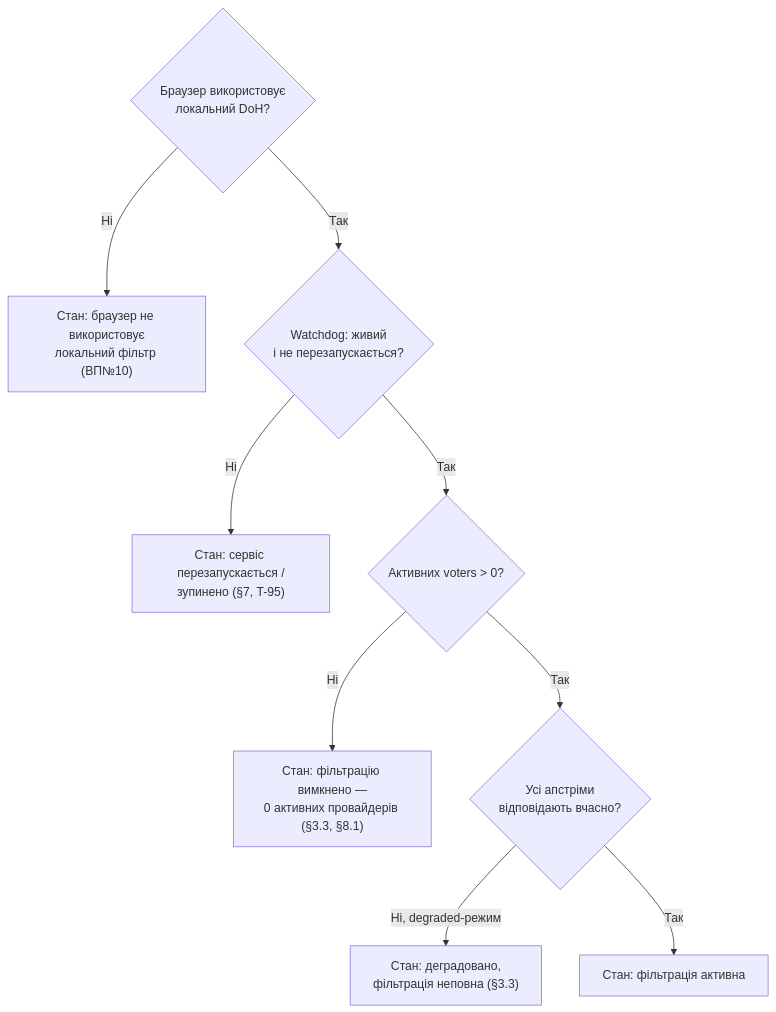
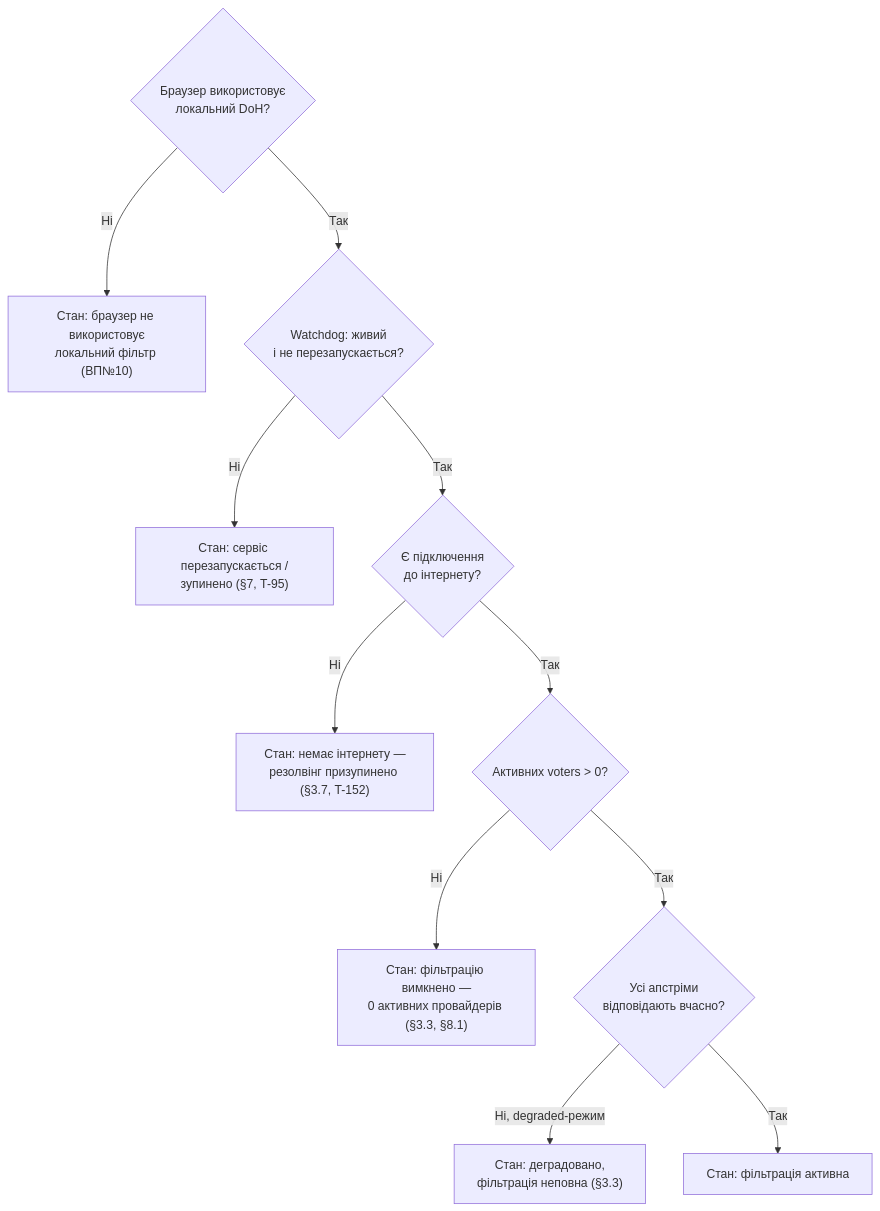
One commit to user137/dns-quorum-filter changed the diagram in diagrams/ui-status-indicator.md. Above: the diagram before and after it, drawn with Mermaid. The commit also changed other lines of this file and 6 other files, not shown here.

````diff
--- a/diagrams/ui-status-indicator.md
+++ b/diagrams/ui-status-indicator.md
@@ -28,12 +31,14 @@
 ```mermaid
 flowchart TD
     Check1{"Браузер використовує<br/>локальний DoH?"}
     Check1 -->|Ні| S1["Стан: браузер не використовує<br/>локальний фільтр (ВП№10)"]
     Check1 -->|Так| Check2{"Watchdog: живий<br/>і не перезапускається?"}
     Check2 -->|Ні| S2["Стан: сервіс перезапускається /<br/>зупинено (§7, T-95)"]
-    Check2 -->|Так| Check3{"Активних voters > 0?"}
-    Check3 -->|Ні| S3["Стан: фільтрацію вимкнено —<br/>0 активних провайдерів (§3.3, §8.1)"]
-    Check3 -->|Так| Check4{"Усі апстріми<br/>відповідають вчасно?"}
-    Check4 -->|Ні, degraded-режим| S4["Стан: деградовано,<br/>фільтрація неповна (§3.3)"]
-    Check4 -->|Так| S5["Стан: фільтрація активна"]
+    Check2 -->|Так| Check3{"Є підключення<br/>до інтернету?"}
+    Check3 -->|Ні| S3["Стан: немає інтернету —<br/>резолвінг призупинено (§3.7, T-152)"]
+    Check3 -->|Так| Check4{"Активних voters > 0?"}
+    Check4 -->|Ні| S4["Стан: фільтрацію вимкнено —<br/>0 активних провайдерів (§3.3, §8.1)"]
+    Check4 -->|Так| Check5{"Усі апстріми<br/>відповідають вчасно?"}
+    Check5 -->|Ні, degraded-режим| S5["Стан: деградовано,<br/>фільтрація неповна (§3.3)"]
+    Check5 -->|Так| S6["Стан: фільтрація активна"]
 ```
````
